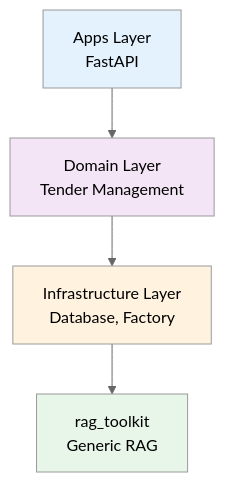
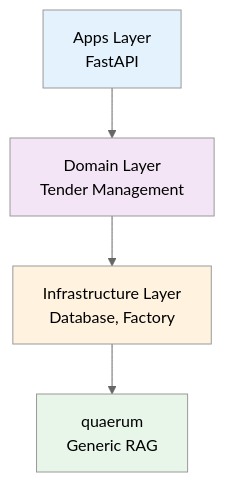
One commit to gmottola00/Tender-RAG-Lab changed the diagram in docs/index.md. Above: the diagram before and after it, drawn with Mermaid (neutral theme). The commit also changed other lines of this file and 18 other files, not shown here.

````diff
--- a/docs/index.md
+++ b/docs/index.md
@@ -147,11 +147,11 @@
 ```mermaid
 graph TD
     A[Apps Layer<br/>FastAPI] --> B[Domain Layer<br/>Tender Management]
     B --> C[Infrastructure Layer<br/>Database, Factory]
-    C --> D[rag_toolkit<br/>Generic RAG]
+    C --> D[quaerum<br/>Generic RAG]
     
     style A fill:#e3f2fd
     style B fill:#f3e5f5
     style C fill:#fff3e0
     style D fill:#e8f5e9
 ```
````
